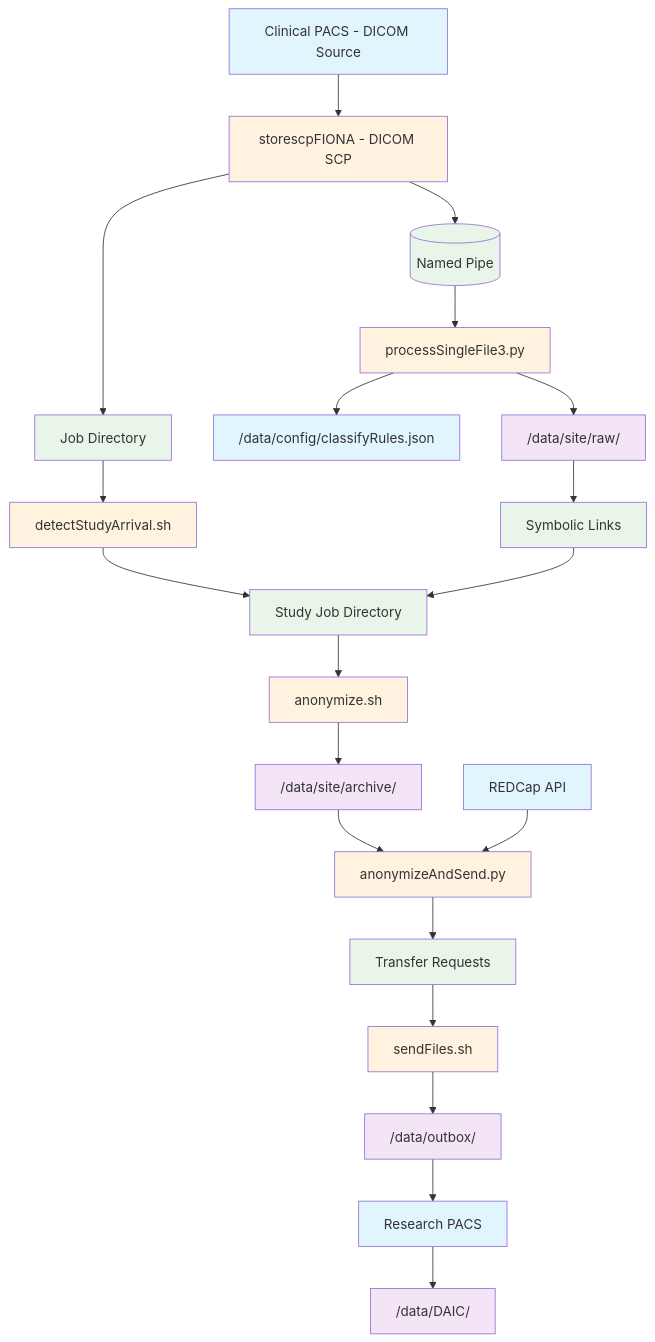
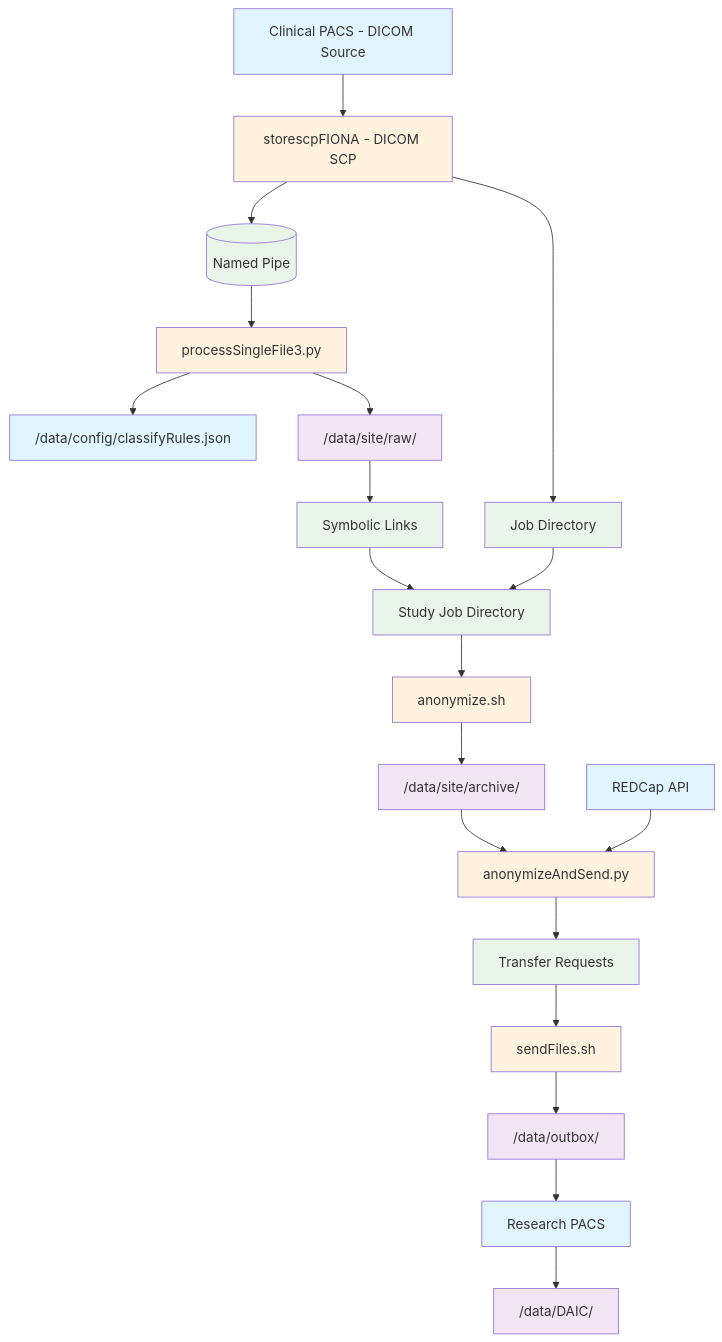
One commit to mmiv-center/FionaDocs changed the third of 3 diagrams in docs/source/Architecture/index.rst. Above: the diagram before and after it, drawn with Mermaid. The commit also changed other lines of this file and 9 other files, not shown here.

```diff
--- a/docs/source/Architecture/index.rst
+++ b/docs/source/Architecture/index.rst
@@ -303,61 +292,59 @@
 .. mermaid::
 
    flowchart TD
       PACS["Clinical PACS - DICOM Source"]
       StoreSCP["storescpFIONA - DICOM SCP"]
       NamedPipe[("Named Pipe")]
       Arrived["Job Directory"]
       
       ProcessDaemon["processSingleFile3.py"]
       ClassifyRules["/data/config/classifyRules.json"]
       RawData["/data/site/raw/"]
       SymLinks["Symbolic Links"]
     
-      DetectStudy["detectStudyArrival.sh"]
       StudyJob["Study Job Directory"]
       Anonymize["anonymize.sh"]
       Archive["/data/site/archive/"]
       
       AnonSend["anonymizeAndSend.py"]
       REDCap["REDCap API"]
       TransferReq["Transfer Requests"]
       
       SendFiles["sendFiles.sh"]
       Outbox["/data/outbox/"]
       ResPACS["Research PACS"]
       DAIC["/data/DAIC/"]
       
       PACS --> StoreSCP
       StoreSCP --> NamedPipe
       StoreSCP --> Arrived
       NamedPipe --> ProcessDaemon
       ProcessDaemon --> ClassifyRules
       ProcessDaemon --> RawData
       RawData --> SymLinks
       
-      Arrived --> DetectStudy
-      DetectStudy --> StudyJob
+      Arrived -->  StudyJob
       SymLinks --> StudyJob
       StudyJob --> Anonymize
       Anonymize --> Archive
       
       Archive --> AnonSend
       REDCap --> AnonSend
       AnonSend -->TransferReq
       TransferReq --> SendFiles
       
       SendFiles --> Outbox
       Outbox --> ResPACS
       ResPACS --> DAIC
       %% Styling
       classDef externalSystem fill:#e1f5fe
       classDef configFile fill:#e1f5fe
       classDef dataDirectory fill:#f3e5f5
       classDef processScript fill:#fff3e0
       classDef tempData fill:#e8f5e8
       
       class PACS,REDCap,ResPACS externalSystem
       class ClassifyRules configFile
       class RawData,Archive,Outbox,DAIC dataDirectory
-      class StoreSCP,ProcessDaemon,DetectStudy,Anonymize,AnonSend,SendFiles processScript
+      class StoreSCP,ProcessDaemon,Anonymize,AnonSend,SendFiles processScript
       class NamedPipe,Arrived,SymLinks,StudyJob,TransferReq tempData
```
